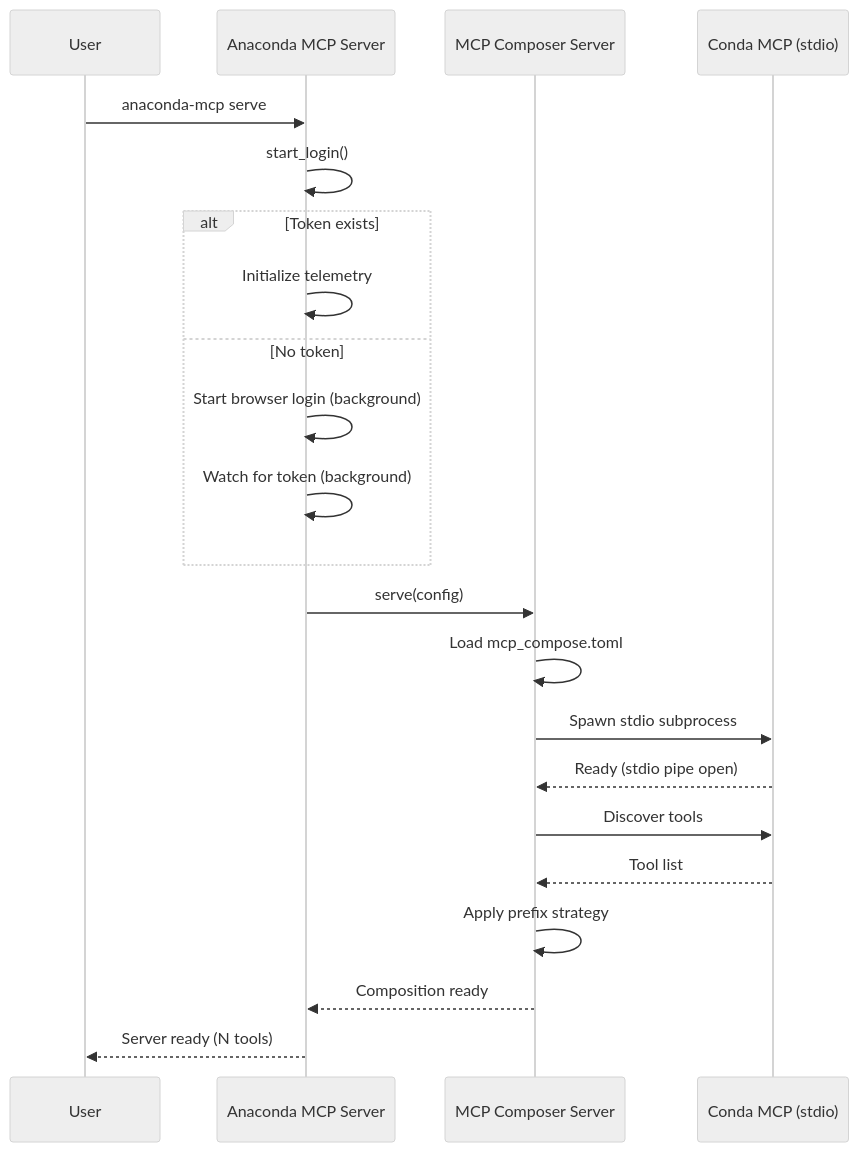
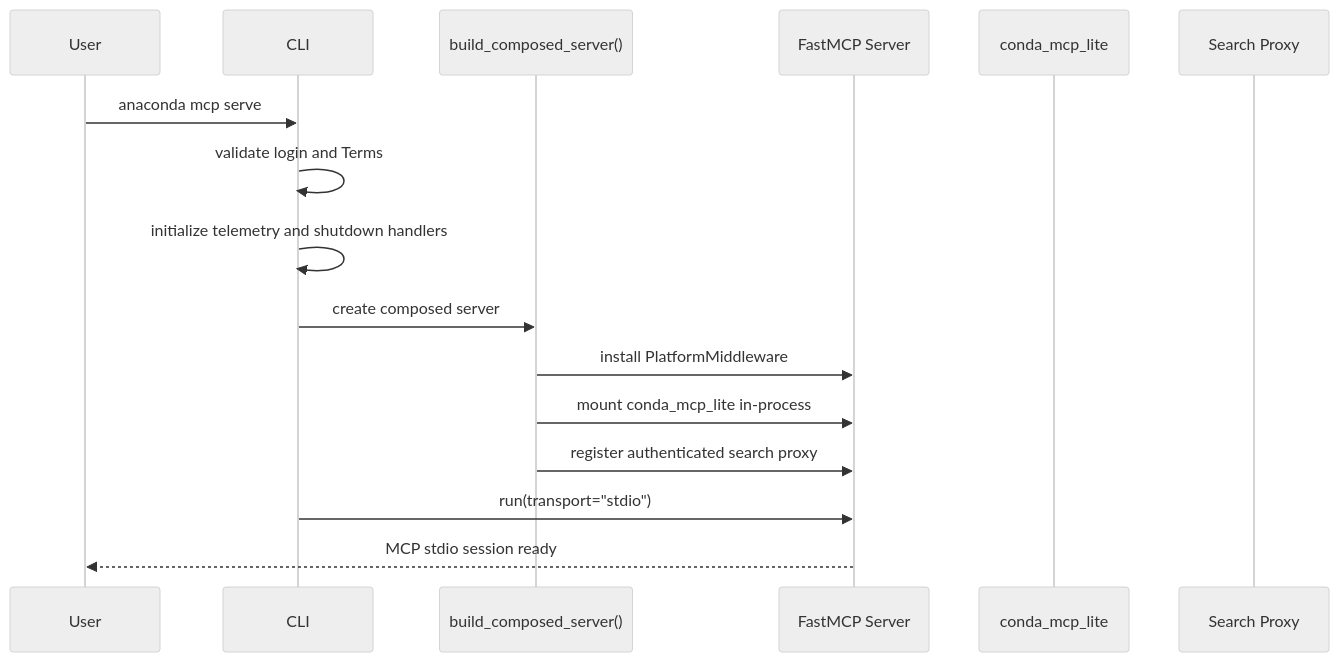
The fourth of 4 diagrams in docs/ARCHITECTURE.md (anaconda/anaconda-mcp), drawn with Mermaid (neutral theme) before and after one commit. The commit also changed other lines of this file and 53 other files, not shown here.

````diff
--- a/docs/ARCHITECTURE.md
+++ b/docs/ARCHITECTURE.md
@@ -248,29 +132,19 @@
 ```mermaid
 sequenceDiagram
     participant User
-    participant Anaconda as Anaconda MCP Server
-    participant Composer as MCP Composer Server
-    participant Conda as Conda MCP (stdio)
+    participant CLI as CLI
+    participant Builder as build_composed_server()
+    participant FastMCP as FastMCP Server
+    participant Conda as conda_mcp_lite
+    participant Search as Search Proxy
 
-    User->>Anaconda: anaconda-mcp serve
-    Anaconda->>Anaconda: start_login()
-
-    alt Token exists
-        Anaconda->>Anaconda: Initialize telemetry
-    else No token
-        Anaconda->>Anaconda: Start browser login (background)
-        Anaconda->>Anaconda: Watch for token (background)
-    end
-
-    Anaconda->>Composer: serve(config)
-    Composer->>Composer: Load mcp_compose.toml
-
-    Composer->>Conda: Spawn stdio subprocess
-    Conda-->>Composer: Ready (stdio pipe open)
-
-    Composer->>Conda: Discover tools
-    Conda-->>Composer: Tool list
-    Composer->>Composer: Apply prefix strategy
-    Composer-->>Anaconda: Composition ready
-    Anaconda-->>User: Server ready (N tools)
+    User->>CLI: anaconda mcp serve
+    CLI->>CLI: validate login and Terms
+    CLI->>CLI: initialize telemetry and shutdown handlers
+    CLI->>Builder: create composed server
+    Builder->>FastMCP: install PlatformMiddleware
+    Builder->>FastMCP: mount conda_mcp_lite in-process
+    Builder->>FastMCP: register authenticated search proxy
+    CLI->>FastMCP: run(transport="stdio")
+    FastMCP-->>User: MCP stdio session ready
 ```
````
